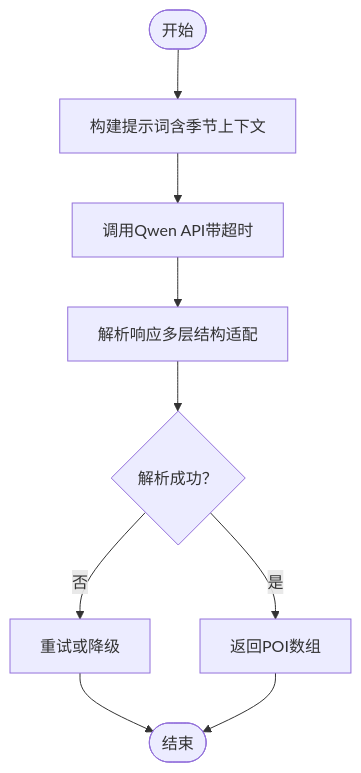
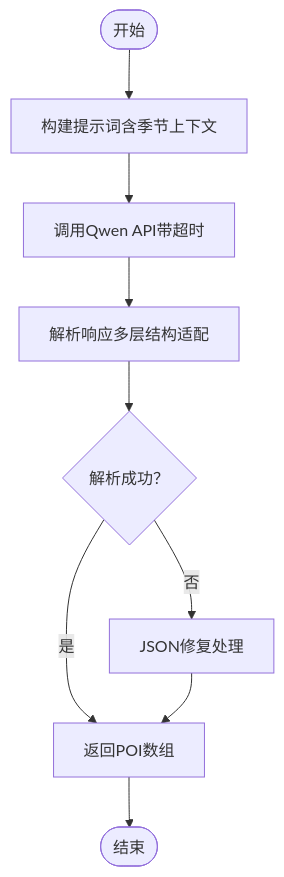
One commit to ititjjy/AITrip-plan changed the fourth of 7 diagrams in .qoder/repowiki/zh/content/后端API架构/API端点设计/POI数据接口.md. Above: the diagram before and after it, drawn with Mermaid. The commit also changed other lines of this file and 144 other files, not shown here.

````diff
--- a/.qoder/repowiki/zh/content/后端API架构/API端点设计/POI数据接口.md
+++ b/.qoder/repowiki/zh/content/后端API架构/API端点设计/POI数据接口.md
@@ -209,11 +230,11 @@
 ```mermaid
 flowchart TD
 Start(["开始"]) --> BuildPrompt["构建提示词含季节上下文"]
 BuildPrompt --> CallAPI["调用Qwen API带超时"]
 CallAPI --> Parse["解析响应多层结构适配"]
 Parse --> Validate{"解析成功？"}
 Validate --> |是| Return["返回POI数组"]
-Validate --> |否| Retry["重试或降级"]
-Retry --> End(["结束"])
-Return --> End
+Validate --> |否| Repair["JSON修复处理"]
+Repair --> Return
+Return --> End(["结束"])
 ```
````
